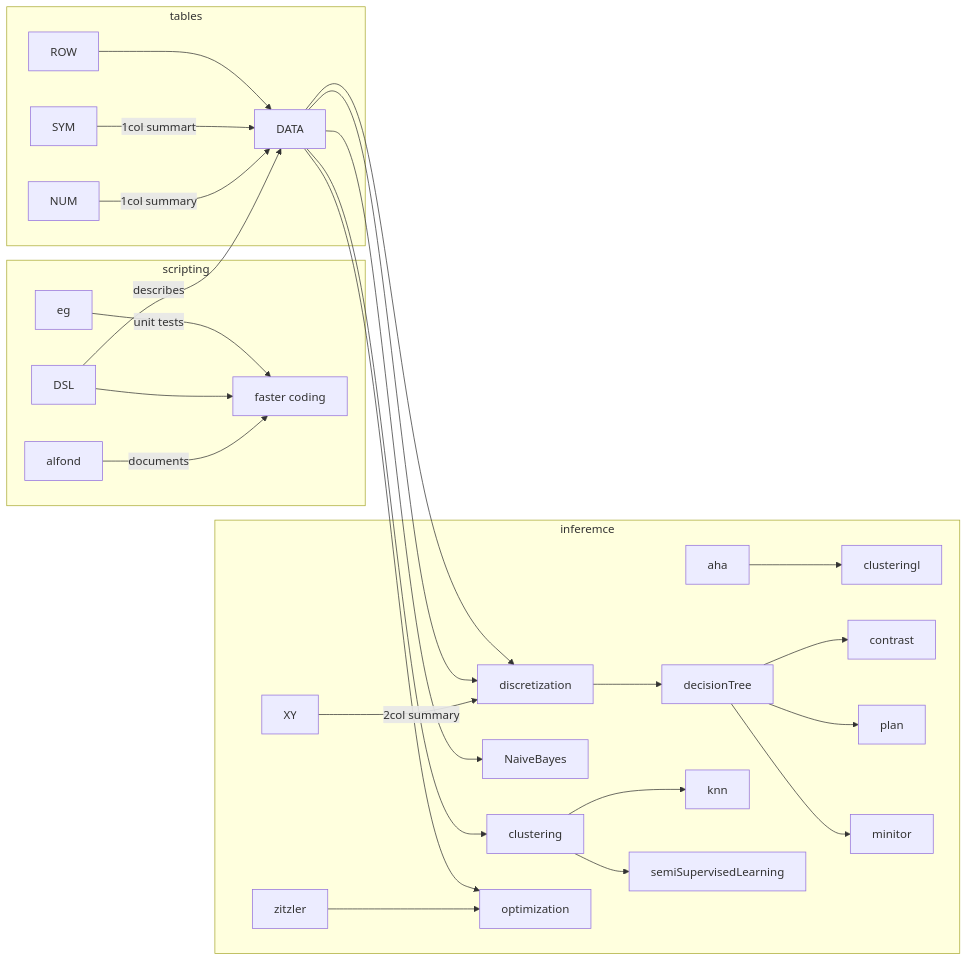
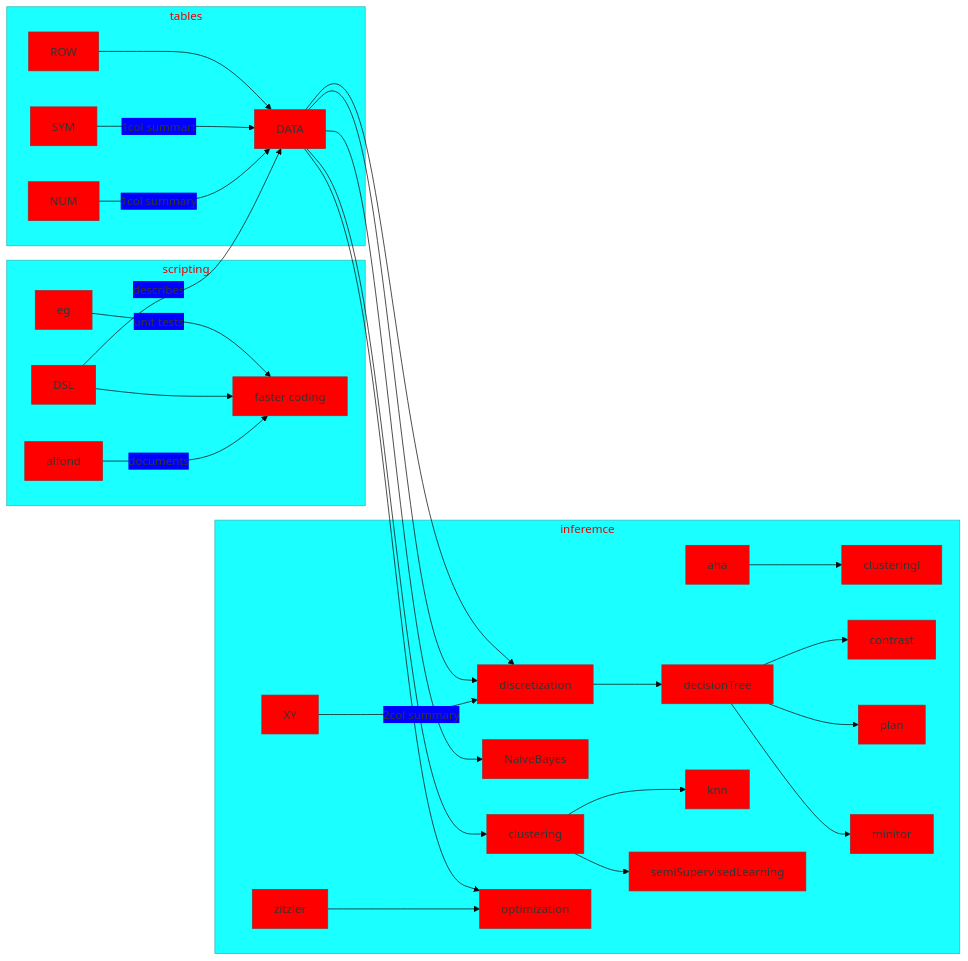
The diagram in README.md (timm/tested), drawn with Mermaid before and after one commit.

````diff
--- a/README.md
+++ b/README.md
@@ -24,33 +24,34 @@
 ```mermaid
+%%{init: {'theme': 'base', 'themeVariables': { 'primaryColor': '#ff0000'}}}%%
 graph LR;
     subgraph scripting
        C[faster coding];
        alfond-- documents --> C;
        DSL-->C;
        eg-- unit tests -->C;
     end
        DSL-- describes -->DATA;
 
     subgraph tables
   NUM-- 1col summary -->DATA;
 	   SYM -- 1col summart -->DATA;
 	    ROW-->DATA;
 
     end
 
     subgraph inferemce
 	    XY -- 2col summary -->discretization -->decisionTree
 	  	    DATA-->discretization;
 	  	    DATA-->NaiveBayes;
 	  	    DATA-->clustering;
 	    aha-->clusteringl
 	    clustering-->knn;
 	    clustering-->semiSupervisedLearning;
 	    zitzler-->optimization;
 	    DATA-->optimization;
 	    DATA-->discretization 
 	    decisionTree-->contrast;
 	    decisionTree-->plan;
 	    decisionTree-->minitor;
     end
 ```
````
